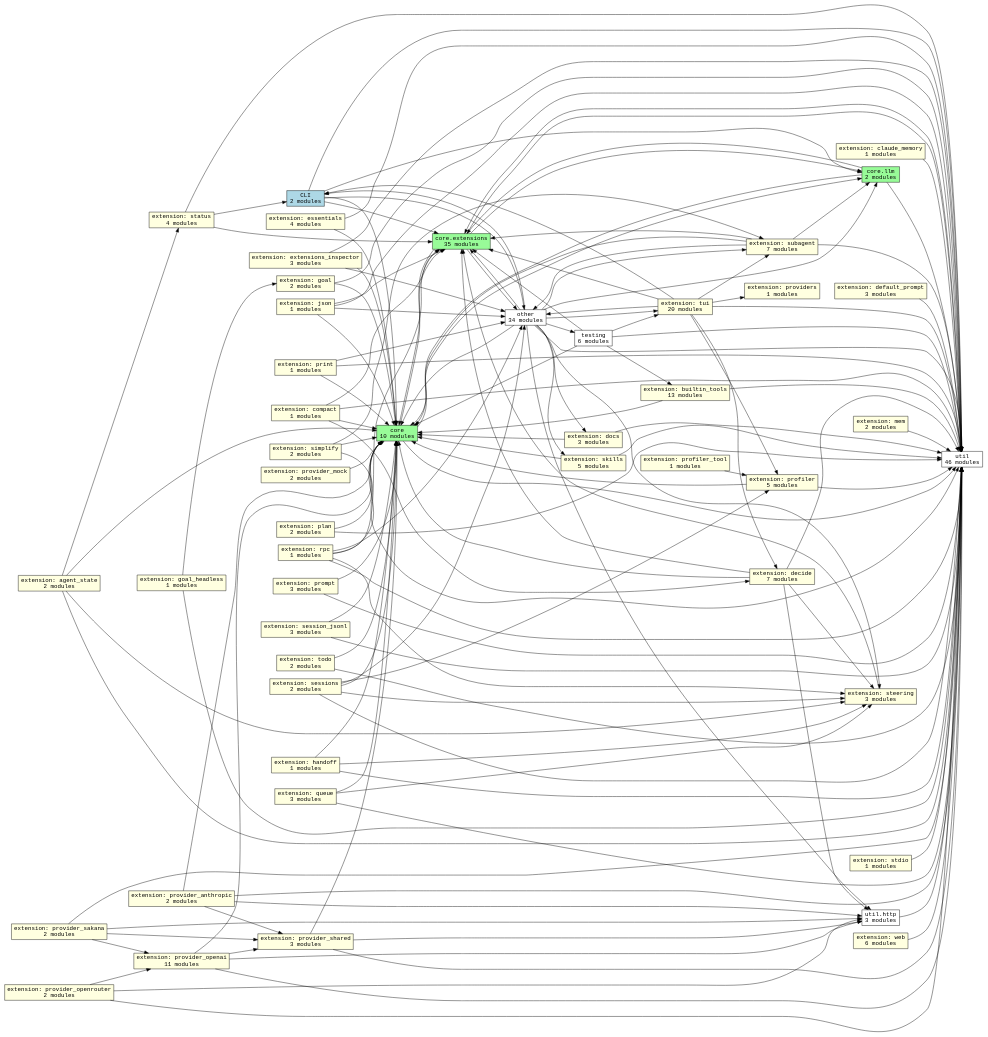
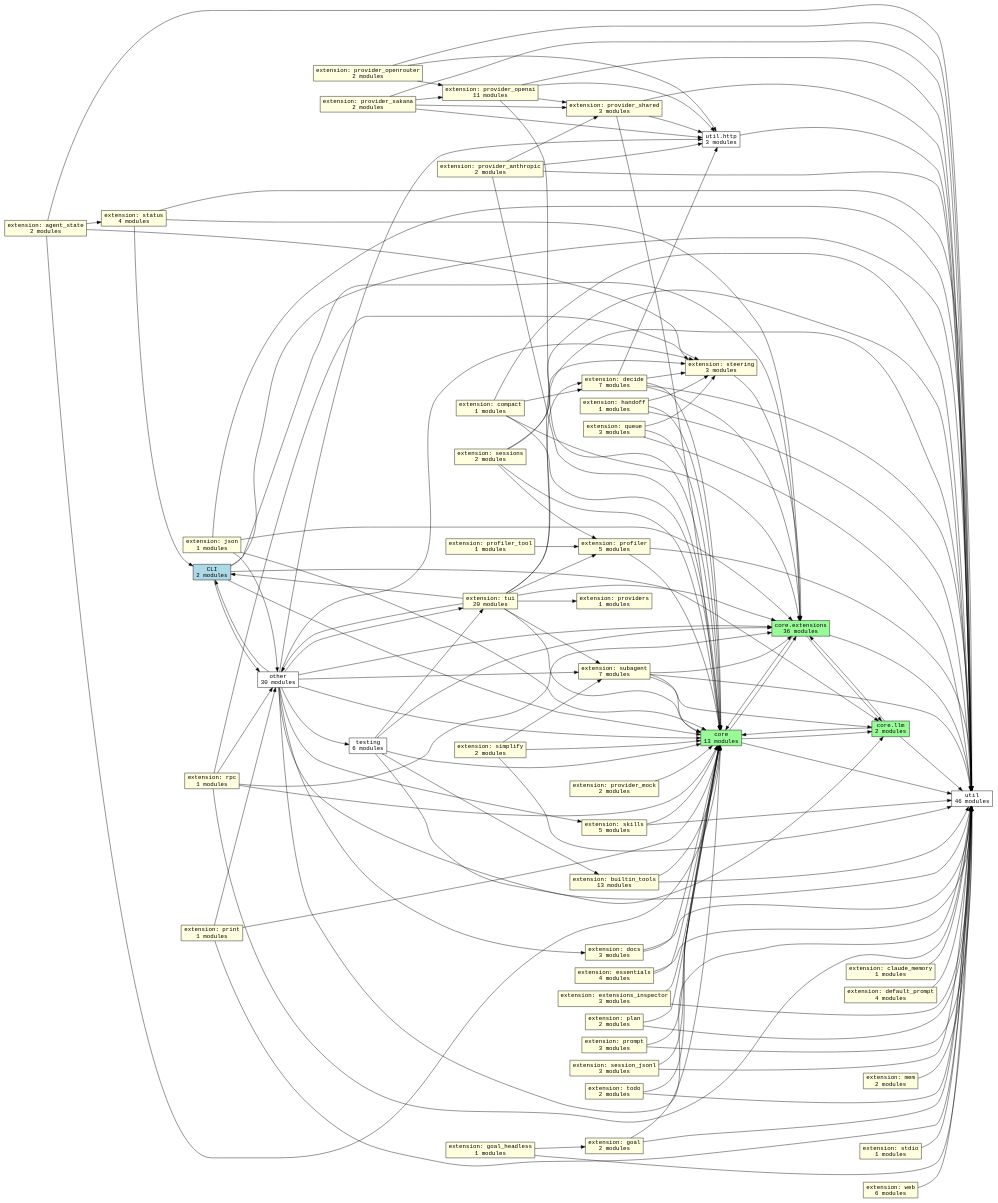
The diagram in docs/graphs/subsystems.dot (acmiyaguchi/fen), drawn with Graphviz before and after one commit. The commit also changed 9 other files, not shown here.

```diff
--- a/docs/graphs/subsystems.dot
+++ b/docs/graphs/subsystems.dot
@@ -1,192 +1,188 @@
 digraph fen_subsystems {
   graph [rankdir=LR];
   node [shape=box, fontname="monospace"];
   edge [fontname="monospace"];
   "cli" [fillcolor="lightblue", label="CLI\n2 modules", style="filled"];
-  "core" [fillcolor="palegreen", label="core\n10 modules", style="filled"];
-  "core.extensions" [fillcolor="palegreen", label="core.extensions\n35 modules", style="filled"];
+  "core" [fillcolor="palegreen", label="core\n13 modules", style="filled"];
+  "core.extensions" [fillcolor="palegreen", label="core.extensions\n36 modules", style="filled"];
   "core.llm" [fillcolor="palegreen", label="core.llm\n2 modules", style="filled"];
   "extension.agent_state" [fillcolor="lightyellow", label="extension: agent_state\n2 modules", style="filled"];
   "extension.builtin_tools" [fillcolor="lightyellow", label="extension: builtin_tools\n13 modules", style="filled"];
   "extension.claude_memory" [fillcolor="lightyellow", label="extension: claude_memory\n1 modules", style="filled"];
   "extension.compact" [fillcolor="lightyellow", label="extension: compact\n1 modules", style="filled"];
   "extension.decide" [fillcolor="lightyellow", label="extension: decide\n7 modules", style="filled"];
-  "extension.default_prompt" [fillcolor="lightyellow", label="extension: default_prompt\n3 modules", style="filled"];
+  "extension.default_prompt" [fillcolor="lightyellow", label="extension: default_prompt\n4 modules", style="filled"];
   "extension.docs" [fillcolor="lightyellow", label="extension: docs\n3 modules", style="filled"];
   "extension.essentials" [fillcolor="lightyellow", label="extension: essentials\n4 modules", style="filled"];
   "extension.extensions_inspector" [fillcolor="lightyellow", label="extension: extensions_inspector\n3 modules", style="filled"];
   "extension.goal" [fillcolor="lightyellow", label="extension: goal\n2 modules", style="filled"];
   "extension.goal_headless" [fillcolor="lightyellow", label="extension: goal_headless\n1 modules", style="filled"];
   "extension.handoff" [fillcolor="lightyellow", label="extension: handoff\n1 modules", style="filled"];
   "extension.json" [fillcolor="lightyellow", label="extension: json\n1 modules", style="filled"];
   "extension.mem" [fillcolor="lightyellow", label="extension: mem\n2 modules", style="filled"];
   "extension.plan" [fillcolor="lightyellow", label="extension: plan\n2 modules", style="filled"];
   "extension.print" [fillcolor="lightyellow", label="extension: print\n1 modules", style="filled"];
   "extension.profiler" [fillcolor="lightyellow", label="extension: profiler\n5 modules", style="filled"];
   "extension.profiler_tool" [fillcolor="lightyellow", label="extension: profiler_tool\n1 modules", style="filled"];
   "extension.prompt" [fillcolor="lightyellow", label="extension: prompt\n3 modules", style="filled"];
   "extension.provider_anthropic" [fillcolor="lightyellow", label="extension: provider_anthropic\n2 modules", style="filled"];
   "extension.provider_mock" [fillcolor="lightyellow", label="extension: provider_mock\n2 modules", style="filled"];
   "extension.provider_openai" [fillcolor="lightyellow", label="extension: provider_openai\n11 modules", style="filled"];
   "extension.provider_openrouter" [fillcolor="lightyellow", label="extension: provider_openrouter\n2 modules", style="filled"];
   "extension.provider_sakana" [fillcolor="lightyellow", label="extension: provider_sakana\n2 modules", style="filled"];
   "extension.provider_shared" [fillcolor="lightyellow", label="extension: provider_shared\n3 modules", style="filled"];
   "extension.providers" [fillcolor="lightyellow", label="extension: providers\n1 modules", style="filled"];
   "extension.queue" [fillcolor="lightyellow", label="extension: queue\n3 modules", style="filled"];
   "extension.rpc" [fillcolor="lightyellow", label="extension: rpc\n1 modules", style="filled"];
   "extension.session_jsonl" [fillcolor="lightyellow", label="extension: session_jsonl\n3 modules", style="filled"];
   "extension.sessions" [fillcolor="lightyellow", label="extension: sessions\n2 modules", style="filled"];
   "extension.simplify" [fillcolor="lightyellow", label="extension: simplify\n2 modules", style="filled"];
   "extension.skills" [fillcolor="lightyellow", label="extension: skills\n5 modules", style="filled"];
   "extension.status" [fillcolor="lightyellow", label="extension: status\n4 modules", style="filled"];
   "extension.stdio" [fillcolor="lightyellow", label="extension: stdio\n1 modules", style="filled"];
   "extension.steering" [fillcolor="lightyellow", label="extension: steering\n3 modules", style="filled"];
   "extension.subagent" [fillcolor="lightyellow", label="extension: subagent\n7 modules", style="filled"];
   "extension.todo" [fillcolor="lightyellow", label="extension: todo\n2 modules", style="filled"];
   "extension.tui" [fillcolor="lightyellow", label="extension: tui\n20 modules", style="filled"];
   "extension.web" [fillcolor="lightyellow", label="extension: web\n6 modules", style="filled"];
-  "other" [fillcolor="white", label="other\n34 modules", style="filled"];
+  "other" [fillcolor="white", label="other\n30 modules", style="filled"];
   "testing" [fillcolor="white", label="testing\n6 modules", style="filled"];
   "util" [fillcolor="white", label="util\n46 modules", style="filled"];
   "util.http" [fillcolor="white", label="util.http\n3 modules", style="filled"];
   "cli" -> "core";
   "cli" -> "core.extensions";
   "cli" -> "core.llm";
   "cli" -> "other";
   "cli" -> "util";
   "core" -> "core.extensions";
   "core" -> "core.llm";
   "core" -> "util";
   "core.extensions" -> "core";
   "core.extensions" -> "core.llm";
-  "core.extensions" -> "other";
   "core.extensions" -> "util";
   "core.llm" -> "core";
   "core.llm" -> "core.extensions";
   "core.llm" -> "util";
   "extension.agent_state" -> "core";
   "extension.agent_state" -> "extension.status";
   "extension.agent_state" -> "extension.steering";
   "extension.agent_state" -> "util";
   "extension.builtin_tools" -> "core";
   "extension.builtin_tools" -> "util";
   "extension.claude_memory" -> "util";
   "extension.compact" -> "core";
   "extension.compact" -> "core.extensions";
   "extension.compact" -> "extension.decide";
   "extension.compact" -> "util";
   "extension.decide" -> "core";
   "extension.decide" -> "core.extensions";
   "extension.decide" -> "extension.steering";
   "extension.decide" -> "util";
   "extension.decide" -> "util.http";
   "extension.default_prompt" -> "util";
   "extension.docs" -> "core";
   "extension.docs" -> "util";
   "extension.essentials" -> "core";
   "extension.essentials" -> "util";
   "extension.extensions_inspector" -> "core";
-  "extension.extensions_inspector" -> "other";
   "extension.extensions_inspector" -> "util";
   "extension.goal" -> "core";
   "extension.goal" -> "util";
   "extension.goal_headless" -> "extension.goal";
   "extension.goal_headless" -> "util";
   "extension.handoff" -> "core";
   "extension.handoff" -> "extension.steering";
   "extension.handoff" -> "util";
   "extension.json" -> "core";
   "extension.json" -> "core.extensions";
   "extension.json" -> "other";
   "extension.json" -> "util";
   "extension.mem" -> "util";
   "extension.plan" -> "core";
   "extension.plan" -> "util";
   "extension.print" -> "core";
   "extension.print" -> "other";
   "extension.print" -> "util";
   "extension.profiler" -> "core";
   "extension.profiler" -> "util";
   "extension.profiler_tool" -> "extension.profiler";
   "extension.prompt" -> "core";
   "extension.prompt" -> "util";
   "extension.provider_anthropic" -> "core";
   "extension.provider_anthropic" -> "extension.provider_shared";
   "extension.provider_anthropic" -> "util";
   "extension.provider_anthropic" -> "util.http";
   "extension.provider_mock" -> "core";
   "extension.provider_openai" -> "core";
   "extension.provider_openai" -> "extension.provider_shared";
   "extension.provider_openai" -> "util";
   "extension.provider_openai" -> "util.http";
   "extension.provider_openrouter" -> "extension.provider_openai";
   "extension.provider_openrouter" -> "util";
   "extension.provider_openrouter" -> "util.http";
   "extension.provider_sakana" -> "extension.provider_openai";
   "extension.provider_sakana" -> "extension.provider_shared";
   "extension.provider_sakana" -> "util";
   "extension.provider_sakana" -> "util.http";
   "extension.provider_shared" -> "core";
   "extension.provider_shared" -> "util";
   "extension.provider_shared" -> "util.http";
   "extension.queue" -> "core";
   "extension.queue" -> "extension.steering";
   "extension.queue" -> "util";
   "extension.rpc" -> "core";
   "extension.rpc" -> "core.extensions";
   "extension.rpc" -> "extension.steering";
   "extension.rpc" -> "other";
   "extension.rpc" -> "util";
   "extension.session_jsonl" -> "core";
   "extension.session_jsonl" -> "util";
   "extension.sessions" -> "core";
   "extension.sessions" -> "extension.profiler";
   "extension.sessions" -> "extension.steering";
-  "extension.sessions" -> "other";
   "extension.sessions" -> "util";
   "extension.simplify" -> "core";
   "extension.simplify" -> "extension.subagent";
   "extension.simplify" -> "util";
   "extension.skills" -> "core";
   "extension.skills" -> "util";
   "extension.status" -> "cli";
   "extension.status" -> "core.extensions";
   "extension.status" -> "util";
   "extension.stdio" -> "util";
   "extension.steering" -> "core.extensions";
   "extension.subagent" -> "core";
   "extension.subagent" -> "core.extensions";
   "extension.subagent" -> "core.llm";
-  "extension.subagent" -> "other";
   "extension.subagent" -> "util";
   "extension.todo" -> "core";
   "extension.todo" -> "util";
   "extension.tui" -> "cli";
+  "extension.tui" -> "core";
   "extension.tui" -> "core.extensions";
   "extension.tui" -> "extension.decide";
   "extension.tui" -> "extension.profiler";
   "extension.tui" -> "extension.providers";
   "extension.tui" -> "extension.subagent";
   "extension.tui" -> "other";
   "extension.tui" -> "util";
   "extension.web" -> "util";
   "other" -> "cli";
   "other" -> "core";
   "other" -> "core.extensions";
   "other" -> "core.llm";
   "other" -> "extension.docs";
   "other" -> "extension.skills";
   "other" -> "extension.steering";
   "other" -> "extension.subagent";
   "other" -> "extension.tui";
   "other" -> "testing";
   "other" -> "util";
   "other" -> "util.http";
   "testing" -> "core";
   "testing" -> "core.extensions";
   "testing" -> "extension.builtin_tools";
   "testing" -> "extension.tui";
   "testing" -> "util";
-  "util" -> "core.extensions";
   "util.http" -> "util";
 }
```
